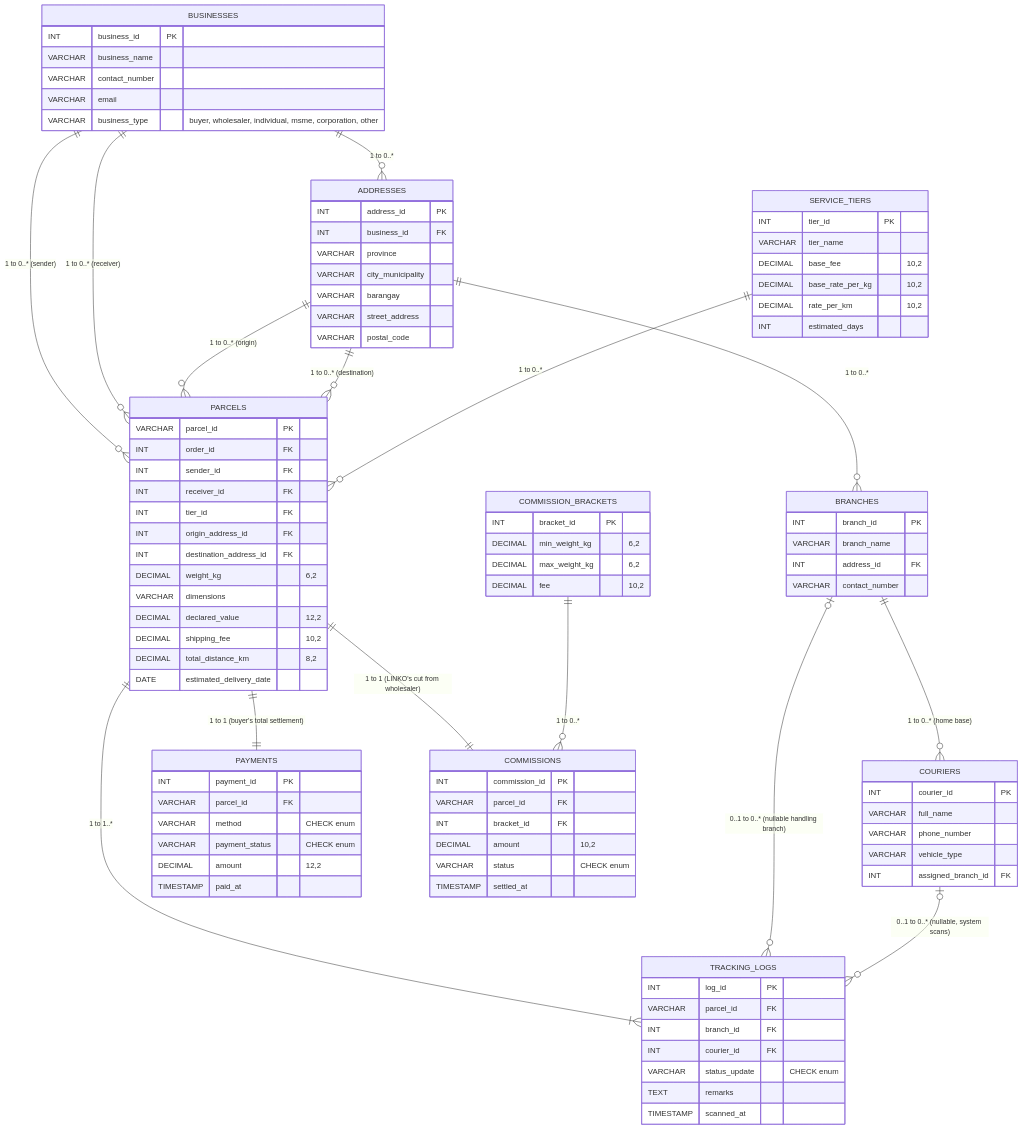
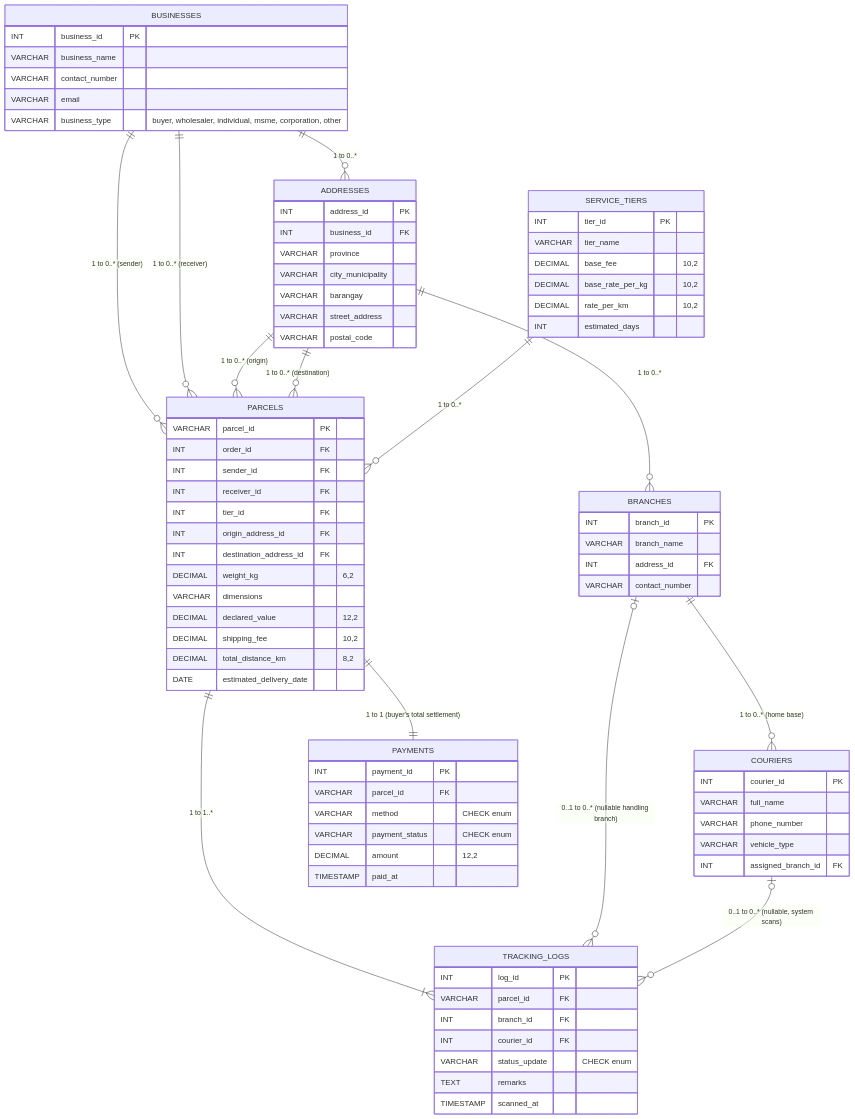
One commit to nateponds/LINKO changed the diagram in docs/LINKO_ERD.md. Above: the diagram before and after it, drawn with Mermaid. The commit also changed other lines of this file and 16 other files, not shown here.

```diff
--- a/docs/LINKO_ERD.md
+++ b/docs/LINKO_ERD.md
@@ -72,22 +72,6 @@
         TIMESTAMP paid_at
     }
 
-    COMMISSION_BRACKETS {
-        INT bracket_id PK
-        DECIMAL min_weight_kg "6,2"
-        DECIMAL max_weight_kg "6,2"
-        DECIMAL fee "10,2"
-    }
-
-    COMMISSIONS {
-        INT commission_id PK
-        VARCHAR parcel_id FK
-        INT bracket_id FK
-        DECIMAL amount "10,2"
-        VARCHAR status "CHECK enum"
-        TIMESTAMP settled_at
-    }
-
     TRACKING_LOGS {
         INT log_id PK
         VARCHAR parcel_id FK
@@ -106,8 +90,6 @@
     ADDRESSES ||--o{ BRANCHES : "1 to 0..*"
     SERVICE_TIERS ||--o{ PARCELS : "1 to 0..*"
     PARCELS ||--|| PAYMENTS : "1 to 1 (buyer's total settlement)"
-    PARCELS ||--|| COMMISSIONS : "1 to 1 (LINKO's cut from wholesaler)"
-    COMMISSION_BRACKETS ||--o{ COMMISSIONS : "1 to 0..*"
     PARCELS ||--|{ TRACKING_LOGS : "1 to 1..*"
     BRANCHES |o--o{ TRACKING_LOGS : "0..1 to 0..* (nullable handling branch)"
     BRANCHES ||--o{ COURIERS : "1 to 0..* (home base)"
```
